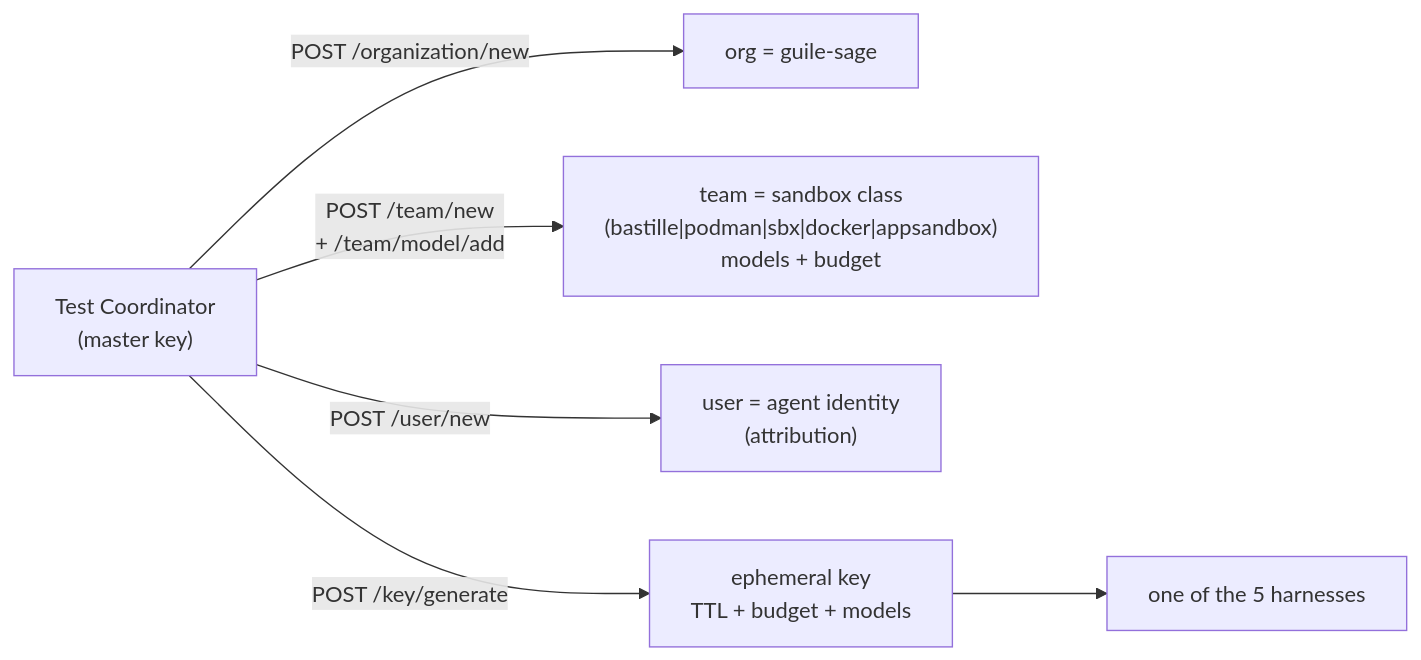
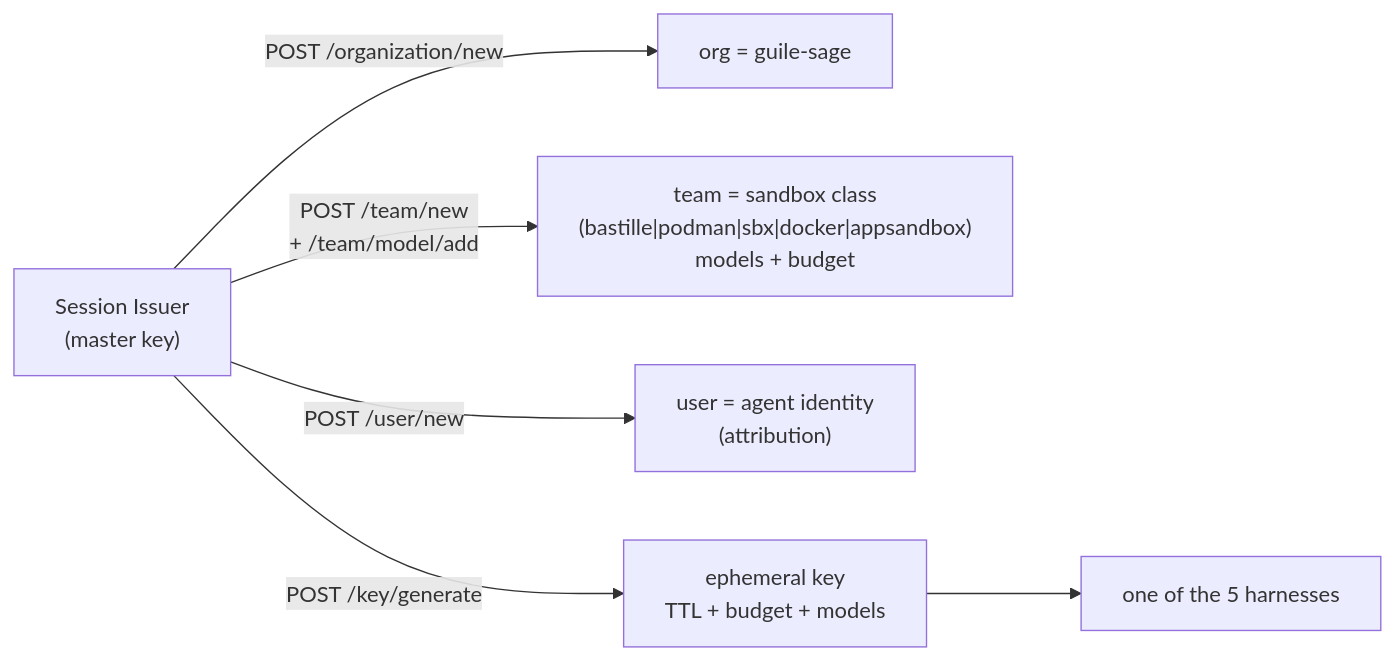
One commit to dsp-dr/guile-sage changed the second of 4 diagrams in docs/rfc/003-ephemeral-key-sandbox.org. Above: the diagram before and after it, drawn with Mermaid. The commit also changed other lines of this file and 3 other files, not shown here.

```diff
--- a/docs/rfc/003-ephemeral-key-sandbox.org
+++ b/docs/rfc/003-ephemeral-key-sandbox.org
@@ -82,10 +82,10 @@
 #+begin_src mermaid
 %% style: https://wal.sh/research/diagram-style-guide#org010b7ab
 flowchart LR
-    TC["Test Coordinator<br/>(master key)"]
+    TC["Session Issuer<br/>(master key)"]
     TC -->|"POST /organization/new"| ORG["org = guile-sage"]
     TC -->|"POST /team/new<br/>+ /team/model/add"| TEAM["team = sandbox class<br/>(bastille|podman|sbx|docker|appsandbox)<br/>models + budget"]
     TC -->|"POST /user/new"| USER["user = agent identity<br/>(attribution)"]
     TC -->|"POST /key/generate"| KEY["ephemeral key<br/>TTL + budget + models"]
     KEY --> H["one of the 5 harnesses"]
 #+end_src
```
